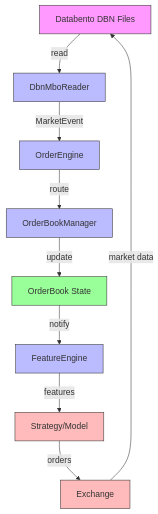
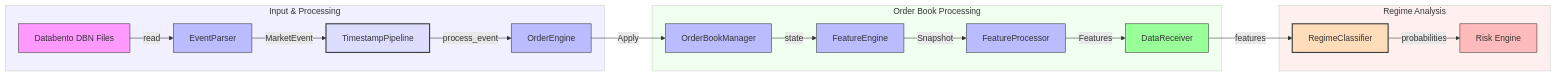
The sixth of 9 diagrams in docs/architecture.md (JackDamato/micro-regime-propogation), drawn with Mermaid before and after one commit. The commit also changed other lines of this file and 136 other files, not shown here.

````diff
--- a/docs/architecture.md
+++ b/docs/architecture.md
@@ -269,20 +288,53 @@
 ```mermaid
-flowchart TD
-    A[Databento DBN Files] -->|read| B[DbnMboReader]
-    B -->|MarketEvent| C[OrderEngine]
-    C -->|route| D[OrderBookManager]
-    D -->|update| E[OrderBook State]
-    E -->|notify| F[FeatureEngine]
-    F -->|features| G[Strategy/Model]
-    G -->|orders| H[Exchange]
-    H -->|market data| A
-    
-    style A fill:#f9f,stroke:#333
-    style B fill:#bbf,stroke:#333
-    style C fill:#bbf,stroke:#333
-    style D fill:#bbf,stroke:#333
-    style E fill:#9f9,stroke:#333
-    style F fill:#bbf,stroke:#333
-    style G fill:#fbb,stroke:#333
-    style H fill:#fbb,stroke:#333
+flowchart LR
+
+%% Swimlane 1: Input & Preprocessing
+subgraph Input_Processing["Input & Processing"]
+    A[Databento DBN Files]
+    B[EventParser]
+    C[TimestampPipeline]
+    D[OrderEngine]
+end
+
+%% Swimlane 2: Order Book Processing
+subgraph Book_Processing["Order Book Processing"]
+    E[OrderBookManager]
+    F[FeatureEngine]
+    G[FeatureProcessor]
+    H[DataReceiver]
+end
+
+%% Swimlane 3: Regime Analysis
+subgraph Regime_Analysis["Regime Analysis"]
+    I[RegimeClassifier]
+    J[Risk Engine]
+end
+
+%% Flow connections
+A -->|read| B
+B -->|MarketEvent| C
+C -->|process_event| D
+D -->|Apply| E
+E -->|state| F
+F -->|Snapshot| G
+G -->|Features| H
+H -->|features| I
+I -->|probabilities| J
+
+%% Styling
+style A fill:#f9f,stroke:#333
+style B fill:#bbf,stroke:#333
+style C fill:#ddf,stroke:#333,stroke-width:2px
+style D fill:#bbf,stroke:#333
+style E fill:#bbf,stroke:#333
+style F fill:#bbf,stroke:#333
+style G fill:#bbf,stroke:#333
+style H fill:#9f9,stroke:#333
+style I fill:#fdb,stroke:#333,stroke-width:2px
+style J fill:#fbb,stroke:#333
+
+%% Optional subgraph box styling (optional: comment out to remove)
+style Input_Processing fill:#f0f0ff,stroke:#ccc
+style Book_Processing fill:#f0fff0,stroke:#ccc
+style Regime_Analysis fill:#fff0f0,stroke:#ccc
 ```
````
